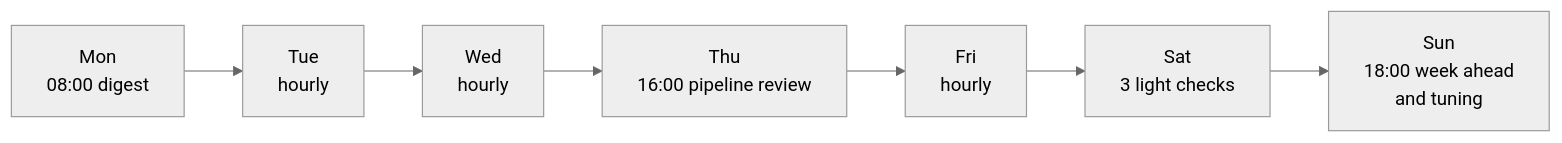
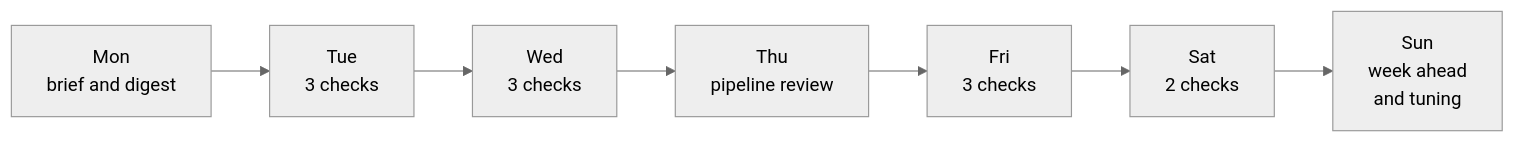
One commit to nikhilgundawar-ant/ant-vc changed the third of 3 diagrams in INSTALL.md. Above: the diagram before and after it, drawn with Mermaid (neutral theme). The commit also changed other lines of this file and 90 other files, not shown here.

````diff
--- a/INSTALL.md
+++ b/INSTALL.md
@@ -112,4 +133,4 @@
 ```mermaid
 flowchart LR
-    Mon["Mon<br/>08:00 digest"] --> Tue["Tue<br/>hourly"] --> Wed["Wed<br/>hourly"] --> Thu["Thu<br/>16:00 pipeline review"] --> Fri["Fri<br/>hourly"] --> Sat["Sat<br/>3 light checks"] --> Sun["Sun<br/>18:00 week ahead<br/>and tuning"]
+    Mon["Mon<br/>brief and digest"] --> Tue["Tue<br/>3 checks"] --> Wed["Wed<br/>3 checks"] --> Thu["Thu<br/>pipeline review"] --> Fri["Fri<br/>3 checks"] --> Sat["Sat<br/>2 checks"] --> Sun["Sun<br/>week ahead<br/>and tuning"]
 ```
````
